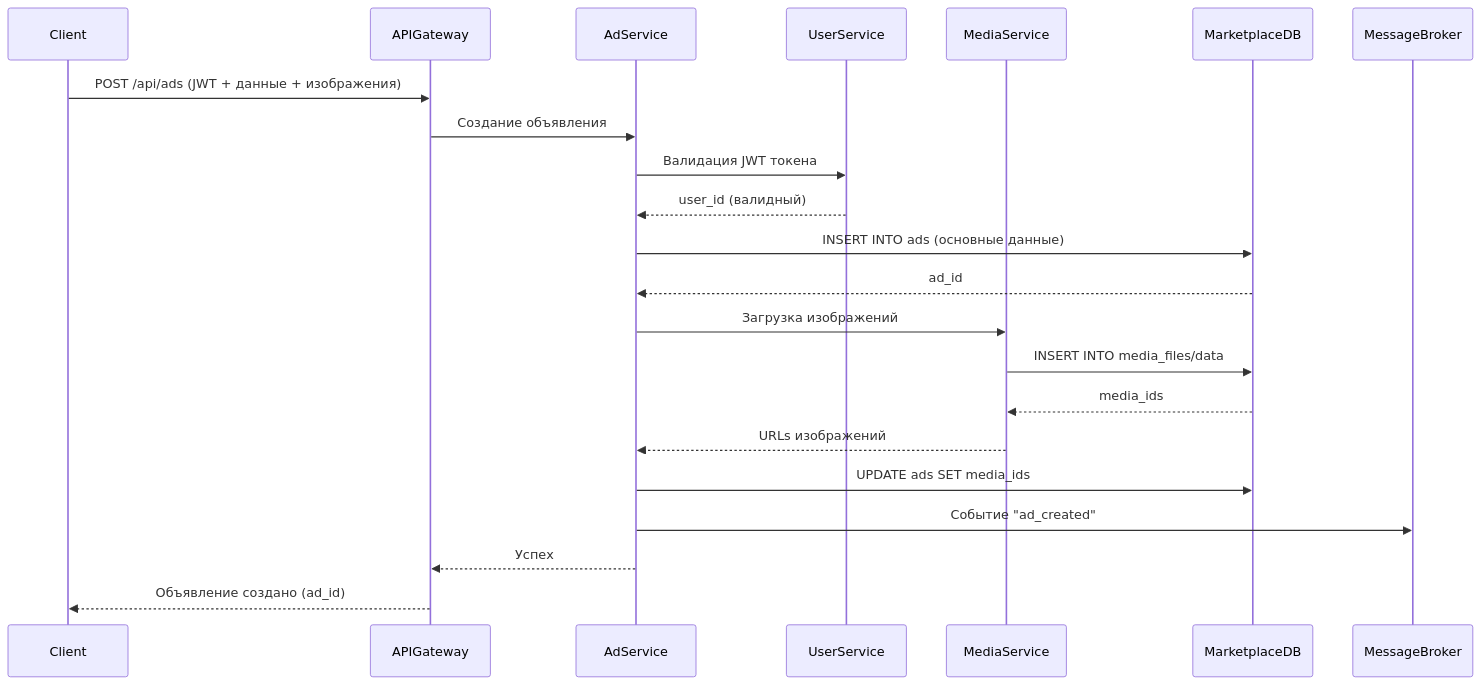
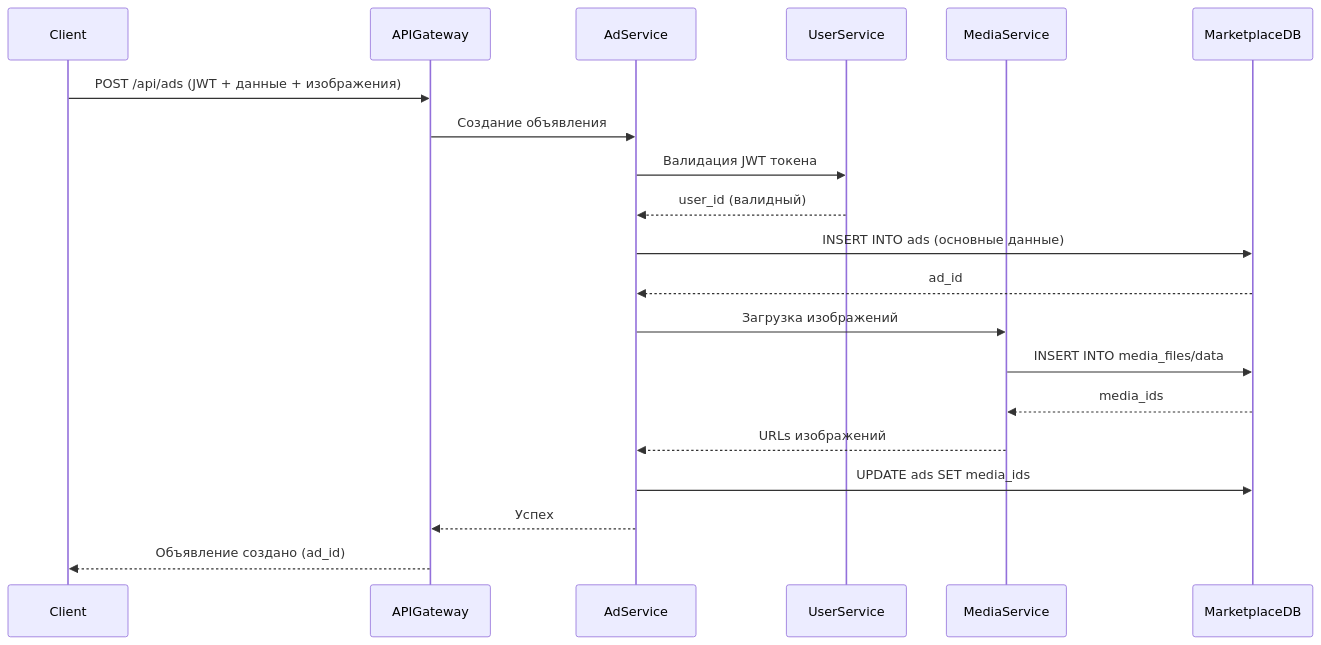
The second of 6 diagrams in docs/tr.md (spbu-ds-practicum-2025/78-pflops), drawn with Mermaid before and after one commit. The commit also changed other lines of this file, not shown here.

Commit message:
Update_6 docs/tr.md; fixed DoD, fix diagrams

````diff
--- a/docs/tr.md
+++ b/docs/tr.md
@@ -372,25 +172,22 @@
 ```mermaid
 sequenceDiagram
 participant Client
 participant APIGateway
 participant AdService
 participant UserService
 participant MediaService
 participant MarketplaceDB
-participant MessageBroker
 Client->>APIGateway: POST /api/ads (JWT + данные + изображения)
 APIGateway->>AdService: Создание объявления
 AdService->>UserService: Валидация JWT токена
 UserService-->>AdService: user_id (валидный)
 AdService->>MarketplaceDB: INSERT INTO ads (основные данные)
 MarketplaceDB-->>AdService: ad_id
 AdService->>MediaService: Загрузка изображений
 MediaService->>MarketplaceDB: INSERT INTO media_files/data
 MarketplaceDB-->>MediaService: media_ids
 MediaService-->>AdService: URLs изображений
 AdService->>MarketplaceDB: UPDATE ads SET media_ids
-AdService->>MessageBroker: Событие "ad_created"
 AdService-->>APIGateway: Успех
 APIGateway-->>Client: Объявление создано (ad_id)
-
 ```
````
